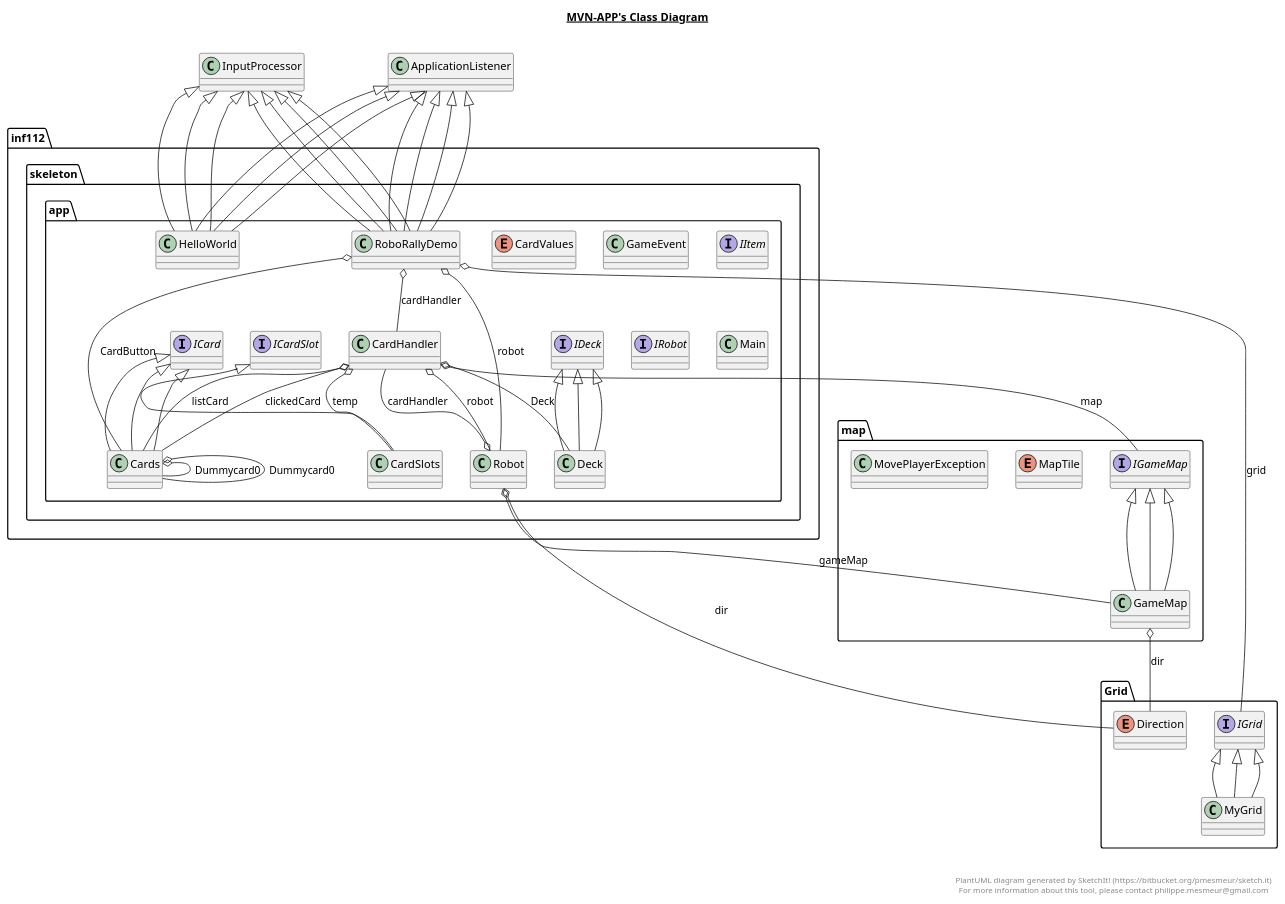
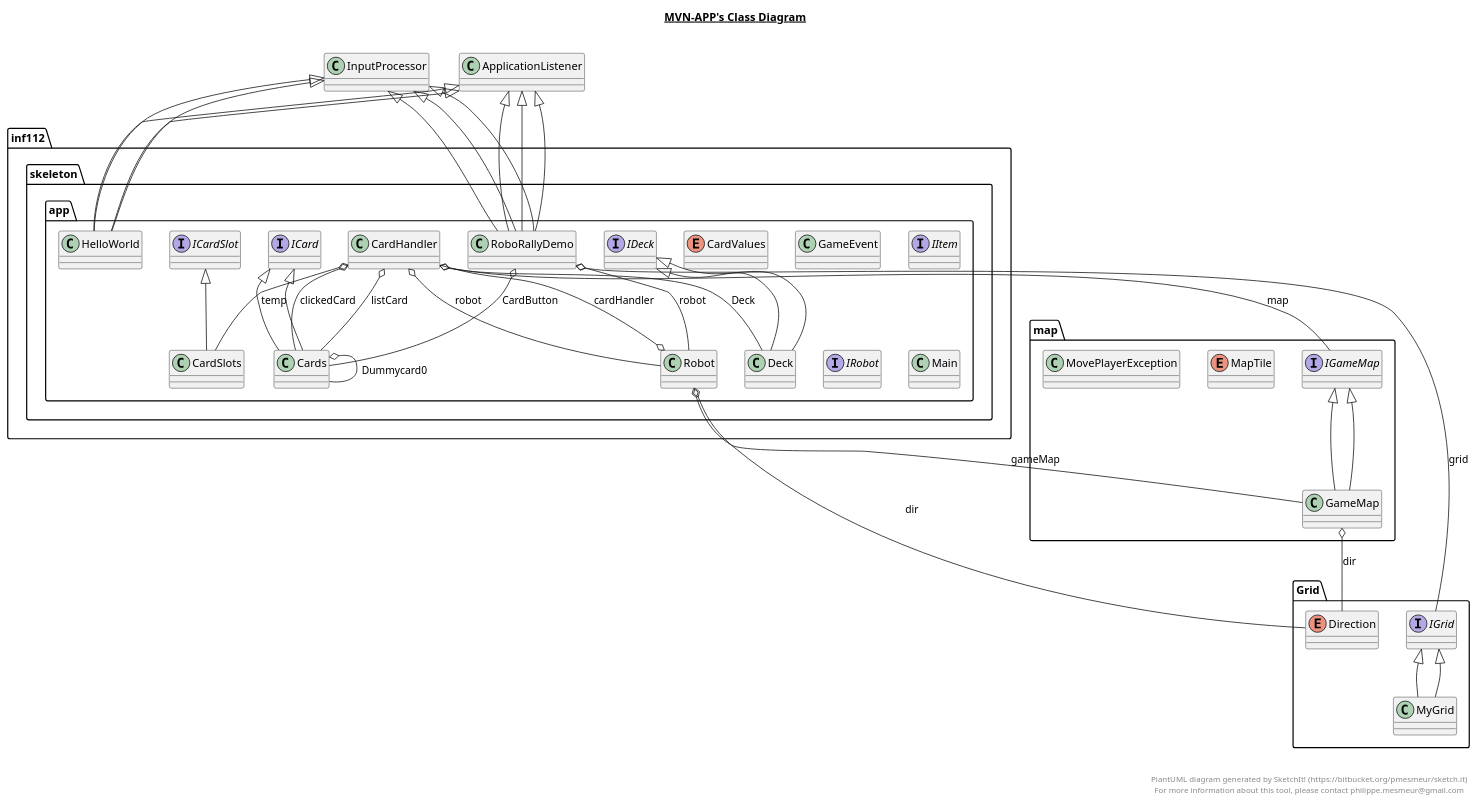
The diagram in Thebadguys.plantuml (inf112-v19/Thebadguys), drawn with PlantUML before and after one commit. The commit also changed 5 other files, not shown here.

```diff
--- a/Thebadguys.plantuml
+++ b/Thebadguys.plantuml
@@ -4,12 +4,6 @@
 
   package inf112.skeleton.app {
     class CardHandler {
-    }
-  }
-  
-
-  package inf112.skeleton.app {
-    class CardSlots {
     }
   }
   
@@ -39,12 +33,6 @@
   
 
   package inf112.skeleton.app {
-    enum CardValues {
-    }
-  }
-  
-
-  package inf112.skeleton.app {
     class Cards {
     }
   }
@@ -52,18 +40,6 @@
 
   package inf112.skeleton.app {
     class Cards {
-    }
-  }
-  
-
-  package inf112.skeleton.app {
-    class Cards {
-    }
-  }
-  
-
-  package inf112.skeleton.app {
-    class Deck {
     }
   }
   
@@ -92,26 +68,8 @@
   }
   
 
-  package Grid {
-    enum Direction {
-    }
-  }
-  
-
   package inf112.skeleton.app {
     class GameEvent {
-    }
-  }
-  
-
-  package inf112.skeleton.app {
-    class GameEvent {
-    }
-  }
-  
-
-  package map {
-    class GameMap {
     }
   }
   
@@ -136,18 +94,6 @@
 
   package inf112.skeleton.app {
     class HelloWorld {
-    }
-  }
-  
-
-  package inf112.skeleton.app {
-    class HelloWorld {
-    }
-  }
-  
-
-  package inf112.skeleton.app {
-    interface ICard {
     }
   }
   
@@ -182,12 +128,6 @@
   }
   
 
-  package inf112.skeleton.app {
-    interface IDeck {
-    }
-  }
-  
-
   package map {
     interface IGameMap {
     }
@@ -196,18 +136,6 @@
 
   package map {
     interface IGameMap {
-    }
-  }
-  
-
-  package map {
-    interface IGameMap {
-    }
-  }
-  
-
-  package Grid {
-    interface IGrid {
     }
   }
   
@@ -243,18 +171,6 @@
   
 
   package inf112.skeleton.app {
-    interface IRobot {
-    }
-  }
-  
-
-  package inf112.skeleton.app {
-    class Main {
-    }
-  }
-  
-
-  package inf112.skeleton.app {
     class Main {
     }
   }
@@ -285,18 +201,6 @@
   
 
   package map {
-    enum MapTile {
-    }
-  }
-  
-
-  package map {
-    class MovePlayerException {
-    }
-  }
-  
-
-  package map {
     class MovePlayerException {
     }
   }
@@ -316,18 +220,6 @@
 
   package Grid {
     class MyGrid {
-    }
-  }
-  
-
-  package Grid {
-    class MyGrid {
-    }
-  }
-  
-
-  package inf112.skeleton.app {
-    class RoboRallyDemo {
     }
   }
   
@@ -368,12 +260,6 @@
   }
   
 
-  package inf112.skeleton.app {
-    class Robot {
-    }
-  }
-  
-
   CardHandler o-- Deck : Deck
   CardHandler o-- Cards : clickedCard
   CardHandler o-- Cards : listCard
@@ -382,14 +268,10 @@
   CardHandler o-- IGameMap : map
   CardSlots -up-|> ICardSlot
   Cards -up-|> ICard
-  Cards o-- Cards : Dummycard0
   Cards -up-|> ICard
   Cards o-- Cards : Dummycard0
-  Cards -up-|> ICard
   Deck -up-|> IDeck
   Deck -up-|> IDeck
-  Deck -up-|> IDeck
-  GameMap -up-|> IGameMap
   GameMap -up-|> IGameMap
   GameMap -up-|> IGameMap
   GameMap o-- Direction : dir
@@ -397,21 +279,15 @@
   HelloWorld -up-|> InputProcessor
   HelloWorld -up-|> ApplicationListener
   HelloWorld -up-|> InputProcessor
-  HelloWorld -up-|> ApplicationListener
-  HelloWorld -up-|> InputProcessor
-  MyGrid -up-|> IGrid
   MyGrid -up-|> IGrid
   MyGrid -up-|> IGrid
   RoboRallyDemo -up-|> ApplicationListener
   RoboRallyDemo -up-|> InputProcessor
+  RoboRallyDemo o-- Cards : CardButton
+  RoboRallyDemo o-- Robot : robot
+  RoboRallyDemo o-- IGrid : grid
   RoboRallyDemo -up-|> ApplicationListener
   RoboRallyDemo -up-|> InputProcessor
-  RoboRallyDemo -up-|> ApplicationListener
-  RoboRallyDemo -up-|> InputProcessor
-  RoboRallyDemo o-- Cards : CardButton
-  RoboRallyDemo o-- Robot : robot
-  RoboRallyDemo o-- CardHandler : cardHandler
-  RoboRallyDemo o-- IGrid : grid
   RoboRallyDemo -up-|> ApplicationListener
   RoboRallyDemo -up-|> InputProcessor
   Robot o-- CardHandler : cardHandler
```
